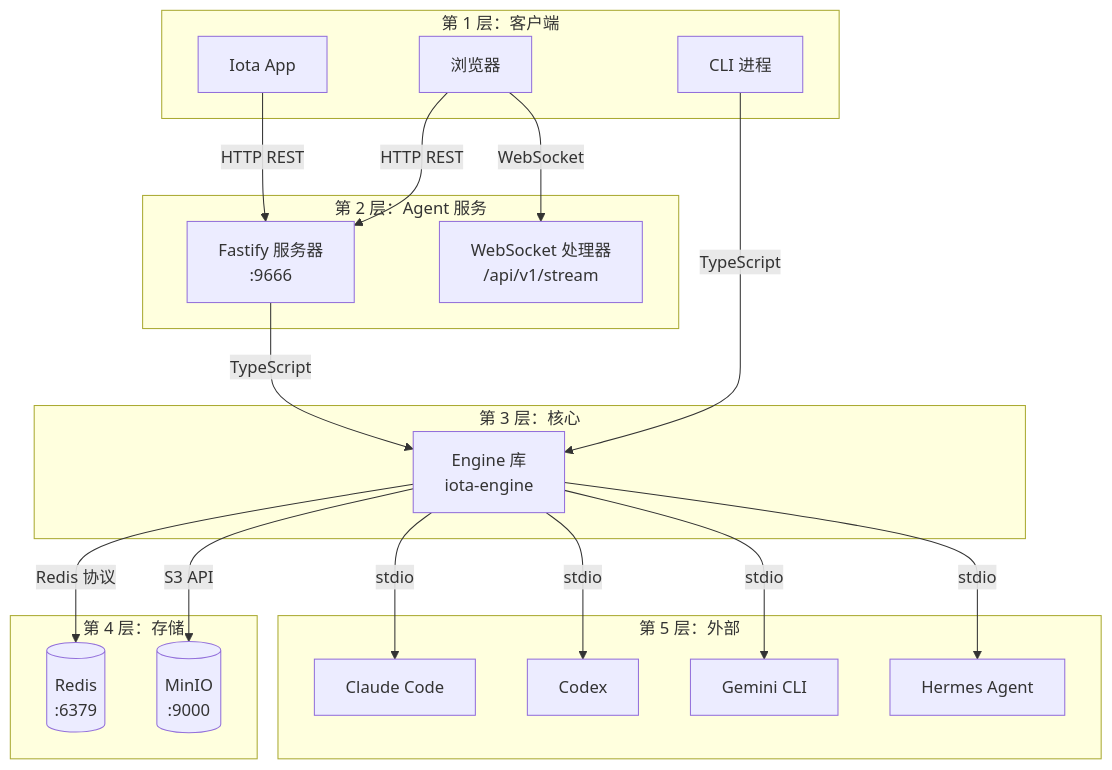
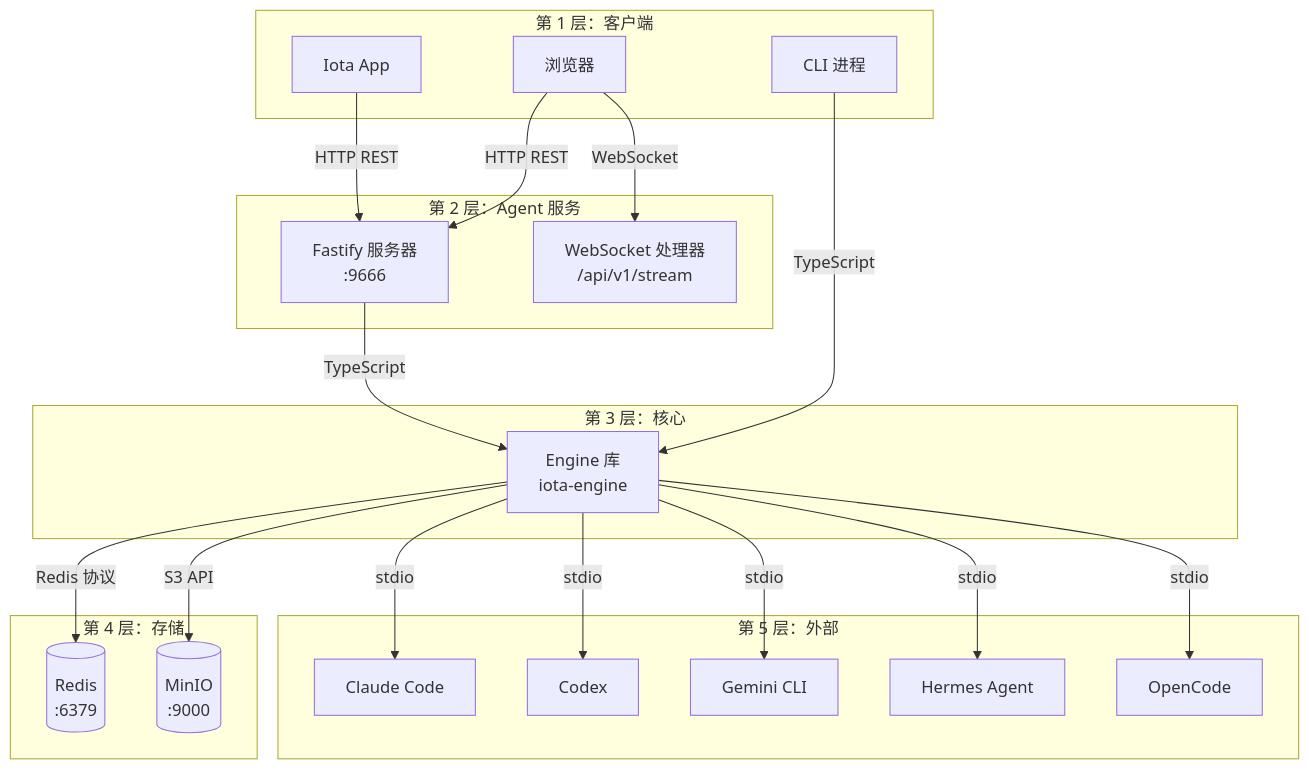
Before and after one commit to feuyeux/iota: the diagram in docs/guides/04-agent-guide.md, drawn with Mermaid. The commit also changed other lines of this file and 52 other files, not shown here.

````diff
--- a/docs/guides/04-agent-guide.md
+++ b/docs/guides/04-agent-guide.md
@@ -48,41 +48,43 @@
 ```mermaid
 graph TB
     subgraph "第 1 层：客户端"
         Browser[浏览器]
         CLI[CLI 进程]
         App[Iota App]
     end
 
     subgraph "第 2 层：Agent 服务"
         Agent[Fastify 服务器<br/>:9666]
         WebSocket[WebSocket 处理器<br/>/api/v1/stream]
     end
 
     subgraph "第 3 层：核心"
         Engine[Engine 库<br/>iota-engine]
     end
 
     subgraph "第 4 层：存储"
         Redis[(Redis<br/>:6379)]
         MinIO[(MinIO<br/>:9000)]
     end
 
     subgraph "第 5 层：外部"
         Claude[Claude Code]
         Codex[Codex]
         Gemini[Gemini CLI]
         Hermes[Hermes Agent]
+        OpenCode[OpenCode]
     end
 
     Browser -->|HTTP REST| Agent
     Browser -->|WebSocket| WebSocket
     App -->|HTTP REST| Agent
     CLI -->|TypeScript| Engine
     Agent -->|TypeScript| Engine
     Engine -->|Redis 协议| Redis
     Engine -->|S3 API| MinIO
     Engine -->|stdio| Claude
     Engine -->|stdio| Codex
     Engine -->|stdio| Gemini
     Engine -->|stdio| Hermes
+    Engine -->|stdio| OpenCode
 ```
````
